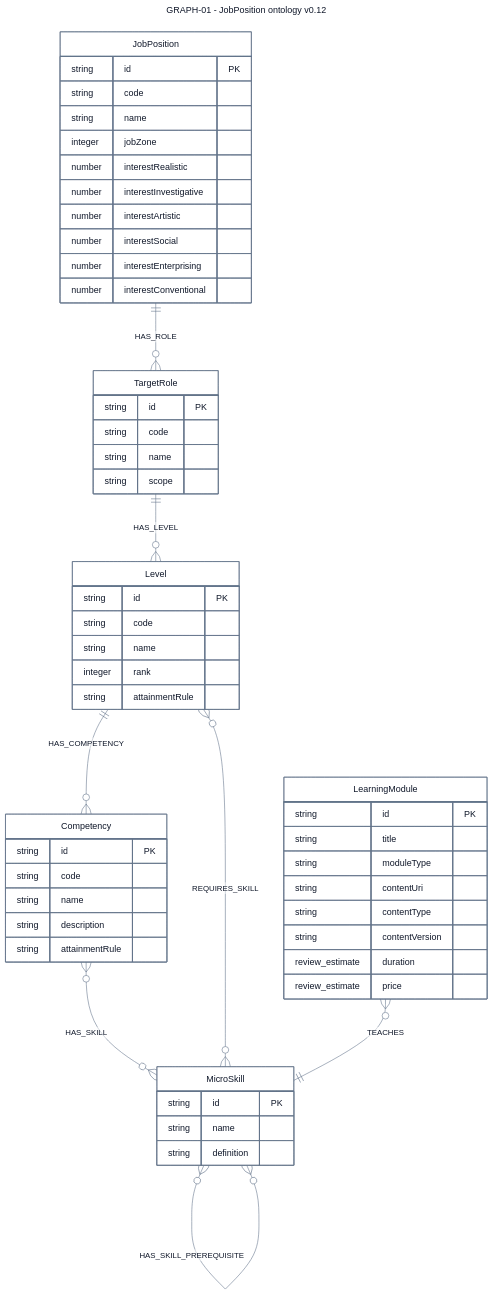
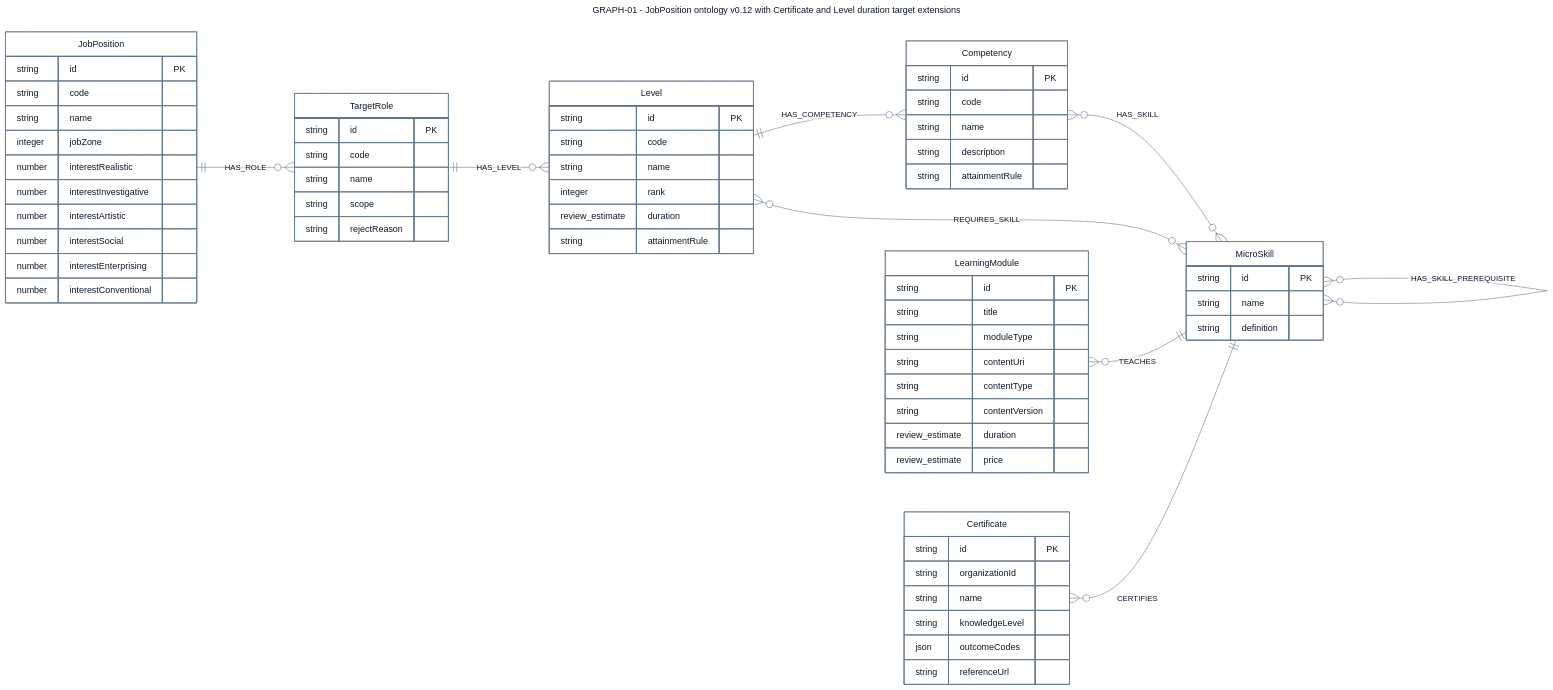
The diagram in documents/diagrams/mermaid/graph-01.mmd (SEP490-Fall-2026-GFA26SE64/SEP490), drawn with Mermaid before and after one commit. The commit also changed 6 other files, not shown here.

```diff
--- a/documents/diagrams/mermaid/graph-01.mmd
+++ b/documents/diagrams/mermaid/graph-01.mmd
@@ -1,59 +1,71 @@
 ---
-title: "GRAPH-01 - JobPosition ontology v0.12"
+title: "GRAPH-01 - JobPosition ontology v0.12 with Certificate and Level duration target extensions"
 config: {"theme":"base","fontFamily":"Segoe UI, Arial, sans-serif","themeVariables":{"fontFamily":"Segoe UI, Arial, sans-serif","fontSize":"16px","primaryColor":"#ffffff","primaryTextColor":"#0f1729","primaryBorderColor":"#64748b","secondaryColor":"#fef3eb","tertiaryColor":"#ffffff","lineColor":"#64748b","textColor":"#0f1729","mainBkg":"#ffffff","background":"#ffffff","clusterBkg":"#ffffff","clusterBorder":"#64748b","edgeLabelBackground":"#ffffff","titleColor":"#0f1729","noteBkgColor":"#fef3eb","noteTextColor":"#0f1729","noteBorderColor":"#e6650f","attributeBackgroundColorOdd":"#ffffff","attributeBackgroundColorEven":"#ffffff","secondaryBorderColor":"#64748b","tertiaryBorderColor":"#64748b","secondaryTextColor":"#0f1729","tertiaryTextColor":"#0f1729"},"layout":"dagre","er":{"layoutDirection":"LR","nodeSpacing":70,"rankSpacing":100,"entityPadding":16,"fontSize":16,"minEntityWidth":140,"diagramPadding":32}}
 ---
 erDiagram
+  direction LR
   SDD_GRAPH_01_JobPosition["JobPosition"] {
     string id PK
     string code
     string name
     integer jobZone
     number interestRealistic
     number interestInvestigative
     number interestArtistic
     number interestSocial
     number interestEnterprising
     number interestConventional
   }
   SDD_GRAPH_01_TargetRole["TargetRole"] {
     string id PK
     string code
     string name
     string scope
+    string rejectReason
   }
   SDD_GRAPH_01_Level["Level"] {
     string id PK
     string code
     string name
     integer rank
+    review_estimate duration
     string attainmentRule
   }
   SDD_GRAPH_01_Competency["Competency"] {
     string id PK
     string code
     string name
     string description
     string attainmentRule
   }
   SDD_GRAPH_01_MicroSkill["MicroSkill"] {
     string id PK
     string name
     string definition
   }
   SDD_GRAPH_01_LearningModule["LearningModule"] {
     string id PK
     string title
     string moduleType
     string contentUri
     string contentType
     string contentVersion
     review_estimate duration
     review_estimate price
   }
+  SDD_GRAPH_01_Certificate["Certificate"] {
+    string id PK
+    string organizationId
+    string name
+    string knowledgeLevel
+    json outcomeCodes
+    string referenceUrl
+  }
   SDD_GRAPH_01_JobPosition ||--o{ SDD_GRAPH_01_TargetRole : "HAS_ROLE"
   SDD_GRAPH_01_TargetRole ||--o{ SDD_GRAPH_01_Level : "HAS_LEVEL"
   SDD_GRAPH_01_Level ||--o{ SDD_GRAPH_01_Competency : "HAS_COMPETENCY"
   SDD_GRAPH_01_Competency }o--o{ SDD_GRAPH_01_MicroSkill : "HAS_SKILL"
   SDD_GRAPH_01_Level }o--o{ SDD_GRAPH_01_MicroSkill : "REQUIRES_SKILL"
   SDD_GRAPH_01_LearningModule }o--|| SDD_GRAPH_01_MicroSkill : "TEACHES"
   SDD_GRAPH_01_MicroSkill }o--o{ SDD_GRAPH_01_MicroSkill : "HAS_SKILL_PREREQUISITE"
+  SDD_GRAPH_01_Certificate }o--|| SDD_GRAPH_01_MicroSkill : "CERTIFIES"
```
